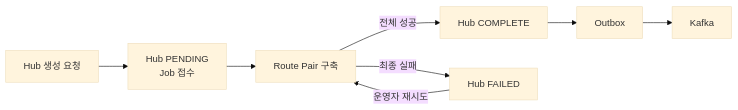
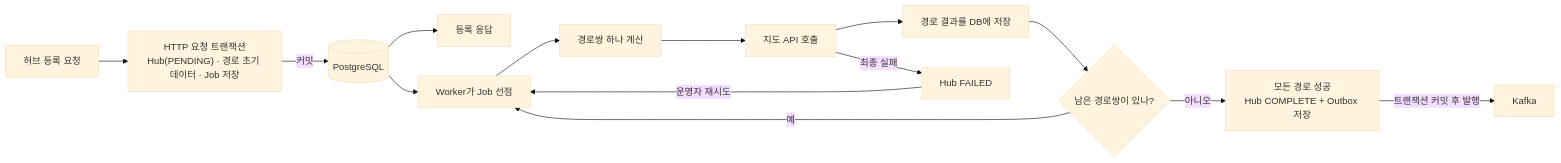
Before and after one commit to jumun-personal/hub: the diagram in README.md, drawn with Mermaid (base theme). The commit also changed other lines of this file and 2 other files, not shown here.

Commit message:
docs(hub-route): 문서 갱신

````diff
--- a/README.md
+++ b/README.md
@@ -25,9 +10,16 @@
 ```mermaid
 flowchart LR
-    Request["Hub 생성 요청"] --> Pending["Hub PENDING<br/>Job 접수"]
-    Pending --> Build["Route Pair 구축"]
-    Build -->|"전체 성공"| Complete["Hub COMPLETE"]
-    Build -->|"최종 실패"| Failed["Hub FAILED"]
-    Failed -->|"운영자 재시도"| Build
-    Complete --> Outbox["Outbox"] --> Kafka["Kafka"]
+    Request["허브 등록 요청"] --> Save["HTTP 요청 트랜잭션<br/>Hub(PENDING) · 경로 초기 데이터 · Job 저장"]
+    Save -->|커밋| DB[("PostgreSQL")]
+    DB --> Response["등록 응답"]
+    DB --> Worker["Worker가 Job 선점"]
+    Worker --> Build["경로쌍 하나 계산"]
+    Build --> Map["지도 API 호출"]
+    Map --> Result["경로 결과를 DB에 저장"]
+    Result --> More{"남은 경로쌍이 있나?"}
+    More -->|예| Worker
+    More -->|아니오| Complete["모든 경로 성공<br/>Hub COMPLETE + Outbox 저장"]
+    Complete -->|트랜잭션 커밋 후 발행| Kafka["Kafka"]
+    Map -->|최종 실패| Failed["Hub FAILED"]
+    Failed -->|운영자 재시도| Worker
 ```
````
